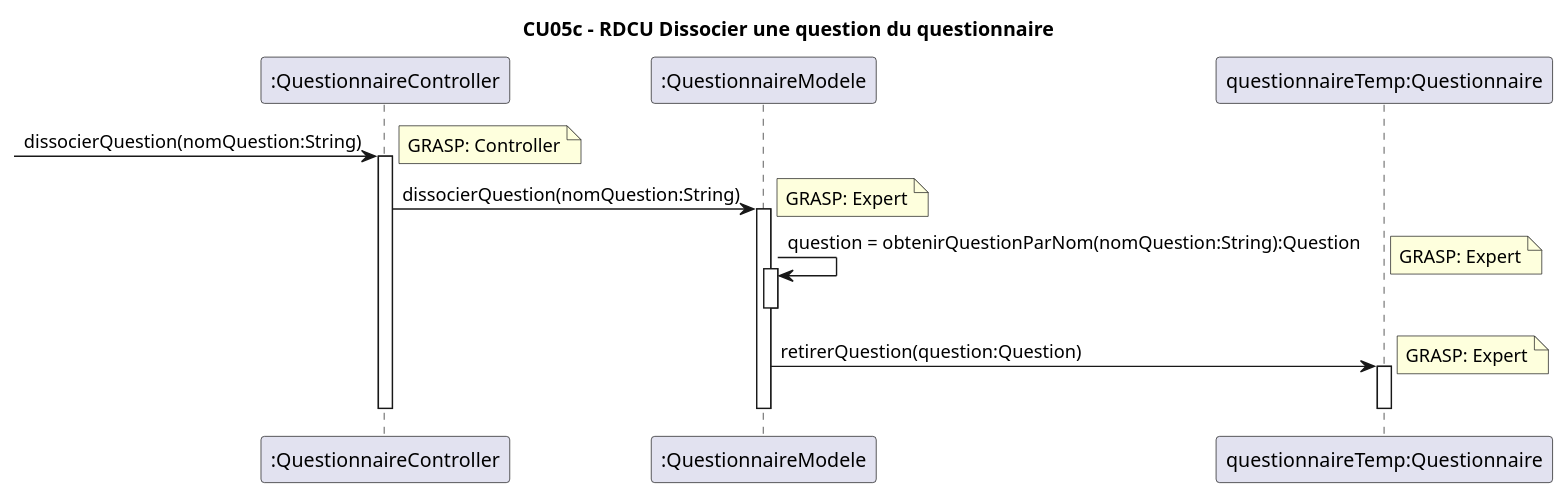
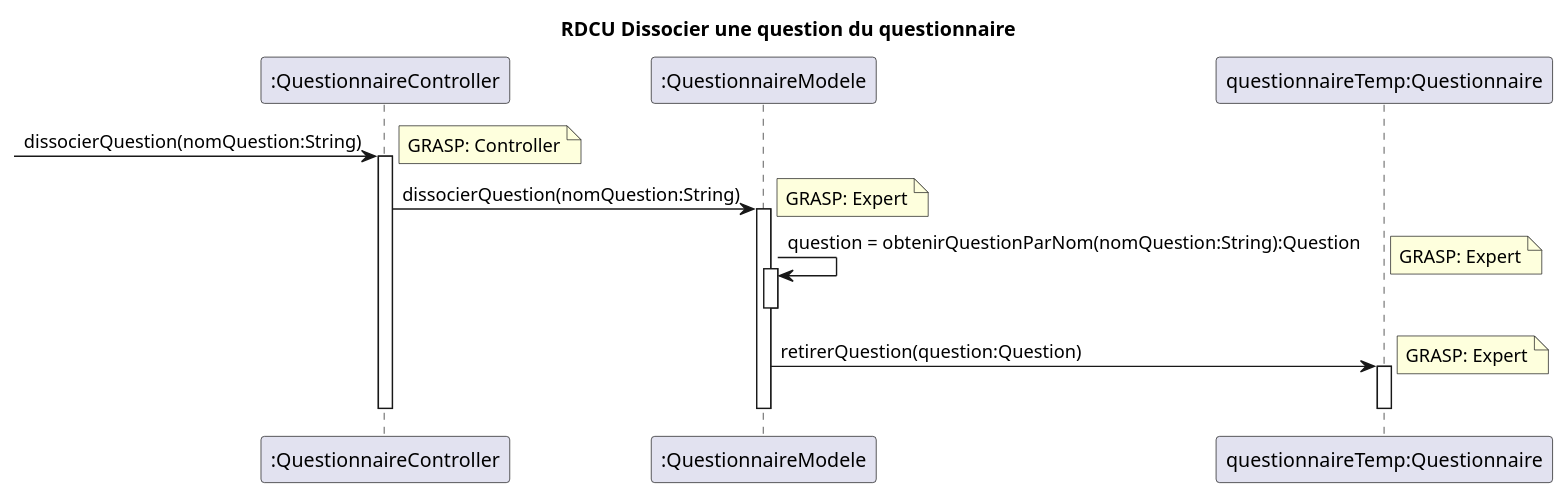
Before and after one commit to xMrYahya/moodle-clone: the diagram in docs/modeles/cu05/rdcu-dissocier-question.puml, drawn with PlantUML. The commit also changed 14 other files, not shown here.

Commit message:
fix de noms de diagrammes

```diff
--- a/docs/modeles/cu05/rdcu-dissocier-question.puml
+++ b/docs/modeles/cu05/rdcu-dissocier-question.puml
@@ -1,22 +1,22 @@
 @startuml
-title CU05c - RDCU Dissocier une question du questionnaire
+title RDCU Dissocier une question du questionnaire
 
 participant ":QuestionnaireController" as controller
 participant ":QuestionnaireModele" as questionnaireModele
 participant "questionnaireTemp:Questionnaire" as temp
 
 -> controller : dissocierQuestion(nomQuestion:String)
     note right: GRASP: Controller
     activate controller
     controller -> questionnaireModele ++: dissocierQuestion(nomQuestion:String)
     note right: GRASP: Expert
     questionnaireModele -> questionnaireModele ++: question = obtenirQuestionParNom(nomQuestion:String):Question
     note right: GRASP: Expert
     deactivate questionnaireModele
     questionnaireModele -> temp ++: retirerQuestion(question:Question)
     note right: GRASP: Expert
     deactivate temp
     deactivate questionnaireModele
     deactivate controller
 
 @enduml
```
